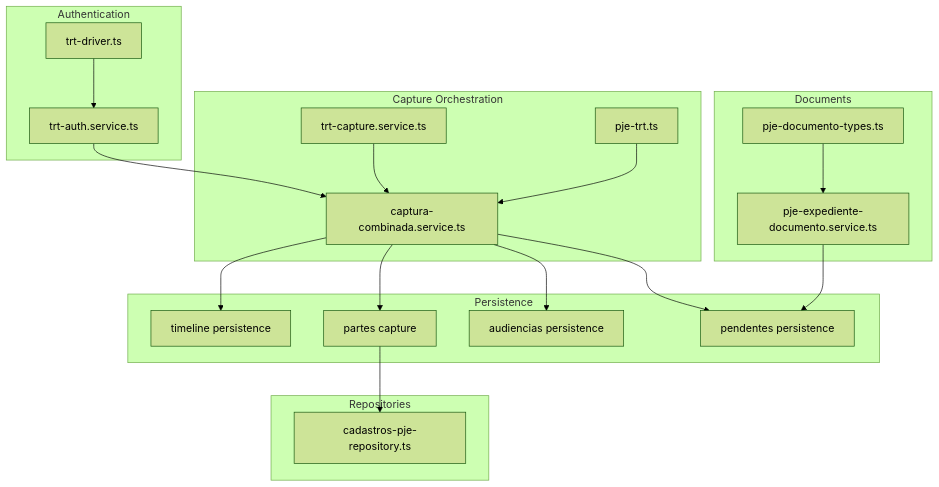
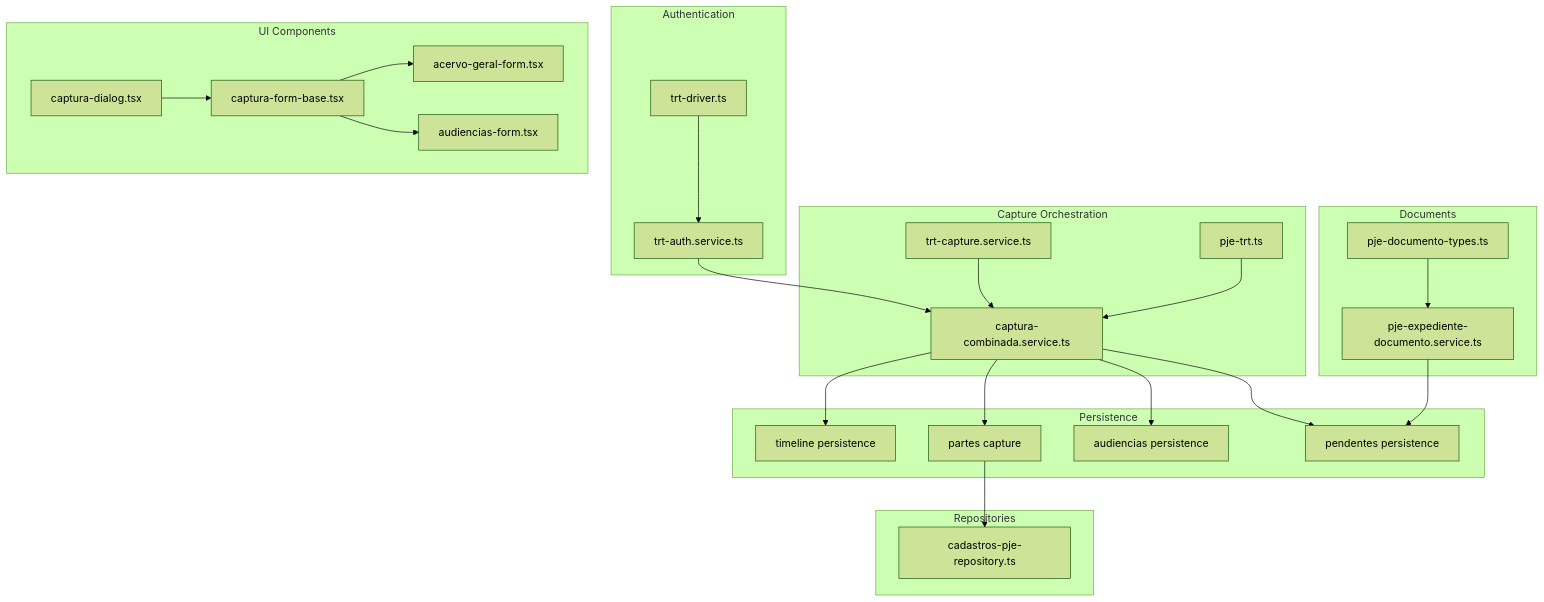
One commit to SinesysTech/zattar-os changed the first of 11 diagrams in .qoder/repowiki/en/content/Legal Process Management System/Automated Data Capture from PJE-TRT Systems/Automated Data Capture from PJE-TRT Systems.md. Above: the diagram before and after it, drawn with Mermaid (forest theme). The commit also changed other lines of this file and 4 other files, not shown here.

First line of the commit message:
feat: enhance CapturaFormBase with credential selection popover

````diff
--- a/.qoder/repowiki/en/content/Legal Process Management System/Automated Data Capture from PJE-TRT Systems/Automated Data Capture from PJE-TRT Systems.md
+++ b/.qoder/repowiki/en/content/Legal Process Management System/Automated Data Capture from PJE-TRT Systems/Automated Data Capture from PJE-TRT Systems.md
@@ -40,36 +54,45 @@
 ```mermaid
 graph TB
 subgraph "Authentication"
 AUTH["trt-auth.service.ts"]
 DRIVER["trt-driver.ts"]
 end
 subgraph "Capture Orchestration"
 COMB["captura-combinada.service.ts"]
 CAPTURE_TYPES["trt-capture.service.ts"]
 PJE_TYPES["pje-trt.ts"]
 end
+subgraph "UI Components"
+DIALOG["captura-dialog.tsx"]
+FORMBASE["captura-form-base.tsx"]
+ACERVO["acervo-geral-form.tsx"]
+AUDIENCIAS["audiencias-form.tsx"]
+end
 subgraph "Persistence"
 TIMELINE["timeline persistence"]
 PARTES["partes capture"]
-AUDIENCIAS["audiencias persistence"]
+AUDIENCIAS_PERSIST["audiencias persistence"]
 EXPEDIENTES["pendentes persistence"]
 end
 subgraph "Documents"
 DOC_SERVICE["pje-expediente-documento.service.ts"]
 DOC_TYPES["pje-documento-types.ts"]
 end
 subgraph "Repositories"
 CAD_PJE["cadastros-pje-repository.ts"]
 end
 DRIVER --> AUTH
 AUTH --> COMB
 CAPTURE_TYPES --> COMB
 PJE_TYPES --> COMB
 COMB --> TIMELINE
 COMB --> PARTES
-COMB --> AUDIENCIAS
+COMB --> AUDIENCIAS_PERSIST
 COMB --> EXPEDIENTES
+DIALOG --> FORMBASE
+FORMBASE --> ACERVO
+FORMBASE --> AUDIENCIAS
 PARTES --> CAD_PJE
 DOC_SERVICE --> EXPEDIENTES
 DOC_TYPES --> DOC_SERVICE
 ```
````
